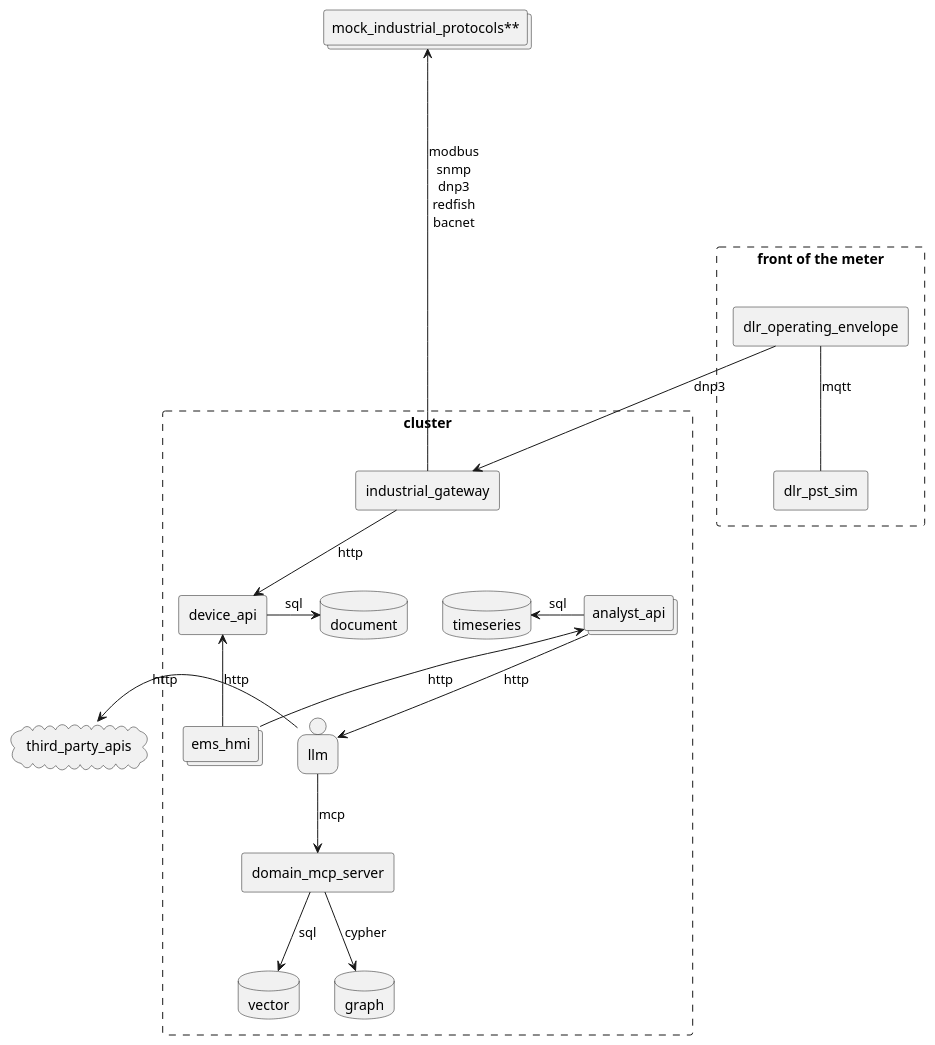
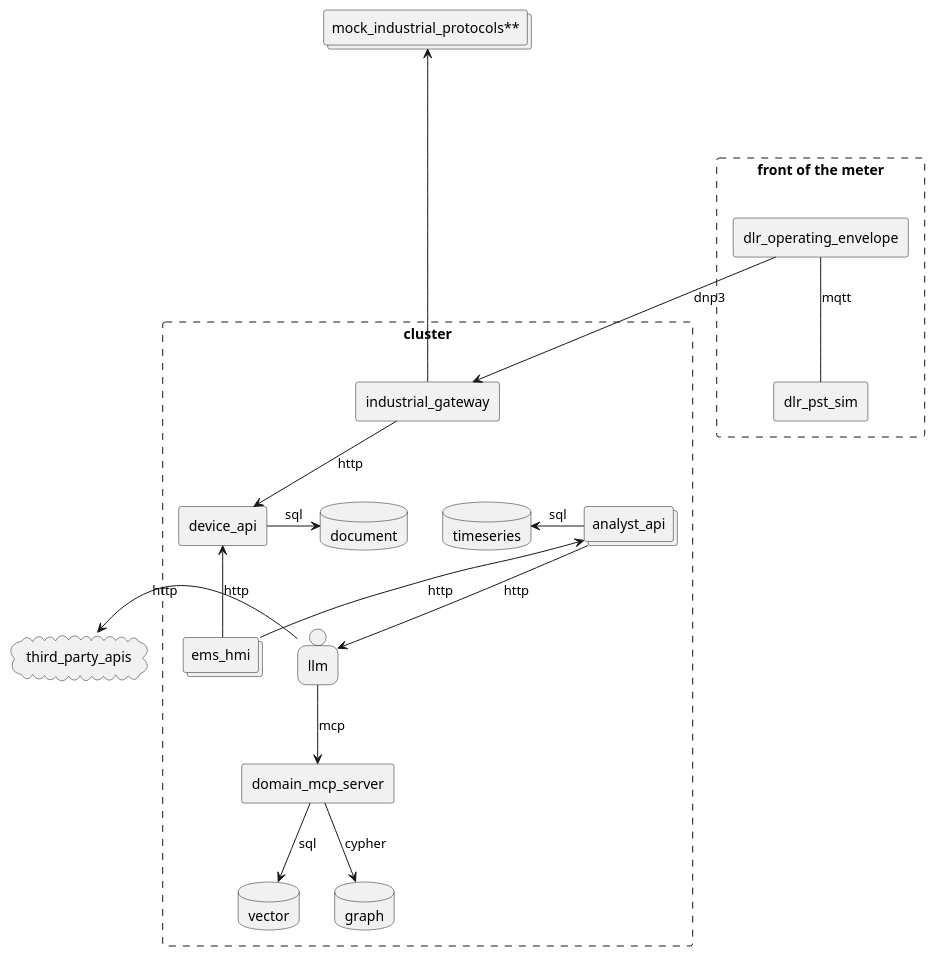
The first of 6 diagrams in readme.md (arcnode-io/ems), drawn with PlantUML before and after one commit. The commit also changed other lines of this file and 2 other files, not shown here.

````diff
--- a/readme.md
+++ b/readme.md
@@ -28,33 +28,33 @@
 ```plantuml
 collections "mock_industrial_protocols**" as mock_industrial_protocols
 rectangle  "front of the meter" #line.dashed {
   rectangle dlr_operating_envelope
   rectangle dlr_pst_sim
 }
 cloud third_party_apis
 rectangle cluster #line.dashed {
     rectangle industrial_gateway
     rectangle device_api
     database timeseries
     database vector
     database graph
     collections analyst_api
     database document
     collections ems_hmi
     person llm
     rectangle domain_mcp_server
 }
 dlr_operating_envelope -- dlr_pst_sim: mqtt
 dlr_operating_envelope --> industrial_gateway: dnp3  
-industrial_gateway -u---> mock_industrial_protocols: modbus\nsnmp\ndnp3\nredfish\nbacnet
+industrial_gateway -u---> mock_industrial_protocols
 industrial_gateway --> device_api: http
 ems_hmi -u-> device_api: http
 device_api -r-> document: sql
 analyst_api -l-> timeseries: sql
 llm -d-> domain_mcp_server: mcp
 domain_mcp_server -d-> vector: sql
 domain_mcp_server -d-> graph: cypher
 ems_hmi -u-> analyst_api: http
 analyst_api -d-> llm: http
 llm -l-> third_party_apis: http
 ```
````
